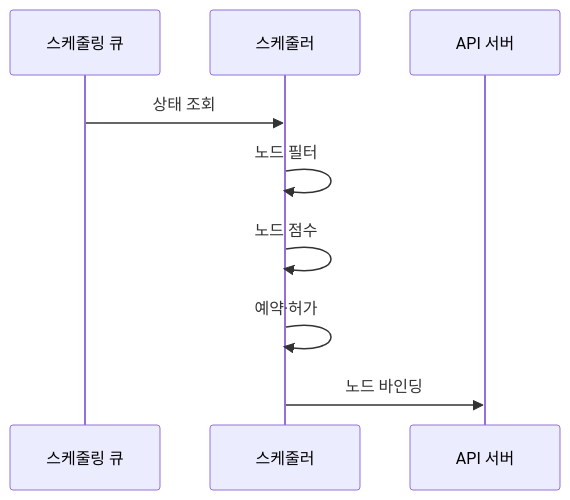
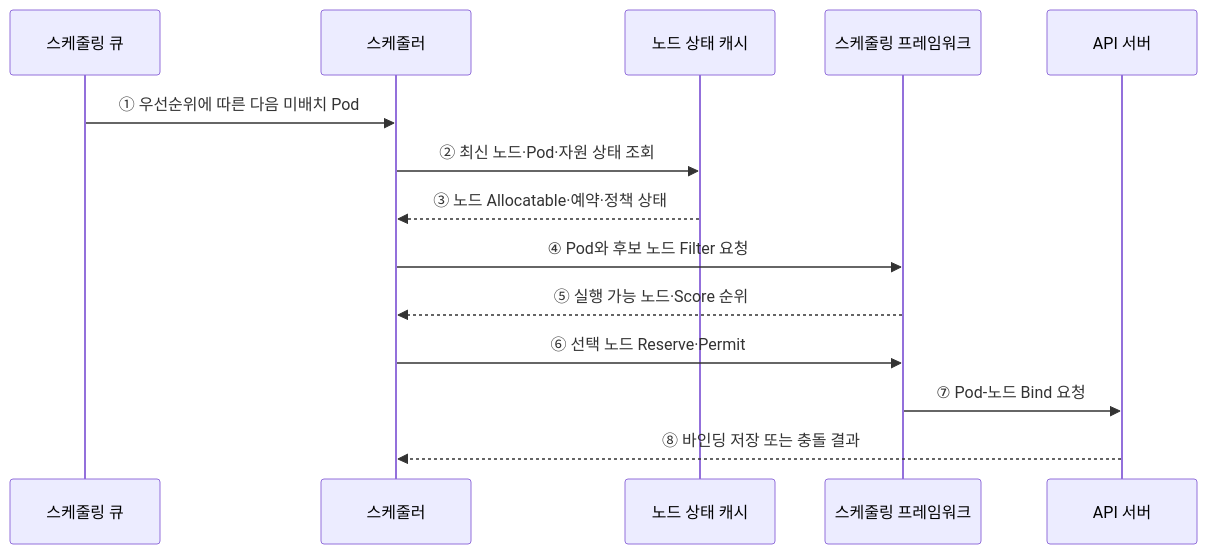
One commit to agnusdei1207/knowledge-base changed the second of 2 diagrams in src/content/docs/notes/03-software/154_kubernetes_pod_scheduling.md. Above: the diagram before and after it, drawn with Mermaid. The commit also changed other lines of this file and 20 other files, not shown here.

````diff
--- a/src/content/docs/notes/03-software/154_kubernetes_pod_scheduling.md
+++ b/src/content/docs/notes/03-software/154_kubernetes_pod_scheduling.md
@@ -79,11 +71,16 @@
 ```mermaid
 sequenceDiagram
     participant Q as 스케줄링 큐
     participant S as 스케줄러
+    participant C as 노드 상태 캐시
+    participant F as 스케줄링 프레임워크
     participant A as API 서버
-    Q->>S: 상태 조회
-    S->>S: 노드 필터
-    S->>S: 노드 점수
-    S->>S: 예약·허가
-    S->>A: 노드 바인딩
+    Q->>S: ① 우선순위에 따른 다음 미배치 Pod
+    S->>C: ② 최신 노드·Pod·자원 상태 조회
+    C-->>S: ③ 노드 Allocatable·예약·정책 상태
+    S->>F: ④ Pod와 후보 노드 Filter 요청
+    F-->>S: ⑤ 실행 가능 노드·Score 순위
+    S->>F: ⑥ 선택 노드 Reserve·Permit
+    F->>A: ⑦ Pod-노드 Bind 요청
+    A-->>S: ⑧ 바인딩 저장 또는 충돌 결과
 ```
````
